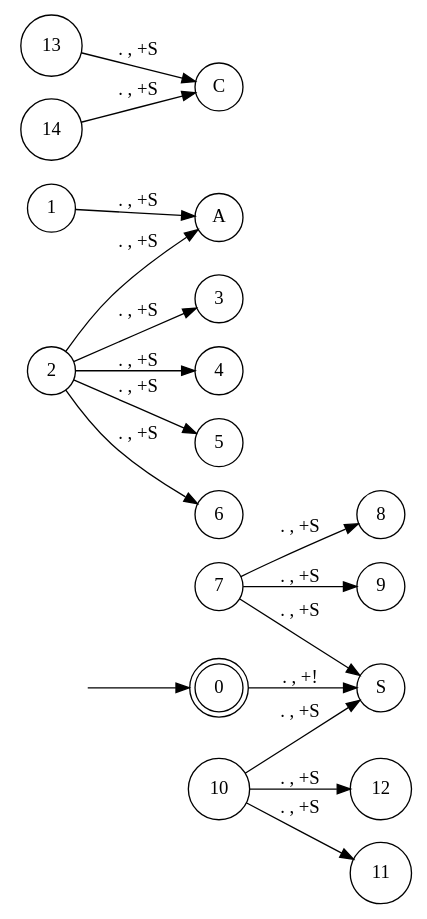
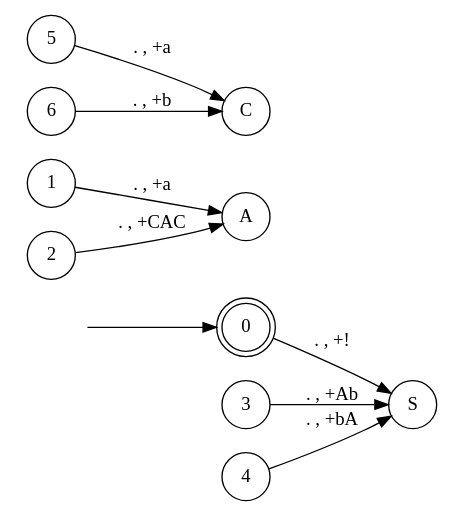
The diagram in test_1.gv (tsubaric/ToC), drawn with Graphviz before and after one commit. The commit also changed 9 other files, not shown here.

```diff
--- a/test_1.gv
+++ b/test_1.gv
@@ -1,23 +1,15 @@
 digraph pda {
 rankdir = LR;
 hidden [shape = plaintext, label = ""];
 node [shape = doublecircle];
 0;
 node [shape = circle];
 hidden -> 0;
 0 -> S [label = ". , +!"];
-1 -> A [label = ". , +S"];
-2 -> A [label = ". , +S"];
-2 -> 3 [label = ". , +S"];
-2 -> 4 [label = ". , +S"];
-2 -> 5 [label = ". , +S"];
-2 -> 6 [label = ". , +S"];
-13 -> C [label = ". , +S"];
-14 -> C [label = ". , +S"];
-7 -> S [label = ". , +S"];
-7 -> 8 [label = ". , +S"];
-7 -> 9 [label = ". , +S"];
-10 -> 11 [label = ". , +S"];
-10 -> 12 [label = ". , +S"];
-10 -> S [label = ". , +S"];
+1 -> A [label = ". , +a"];
+2 -> A [label = ". , +CAC"];
+3 -> S [label = ". , +Ab"];
+4 -> S [label = ". , +bA"];
+5 -> C [label = ". , +a"];
+6 -> C [label = ". , +b"];
 }
```
